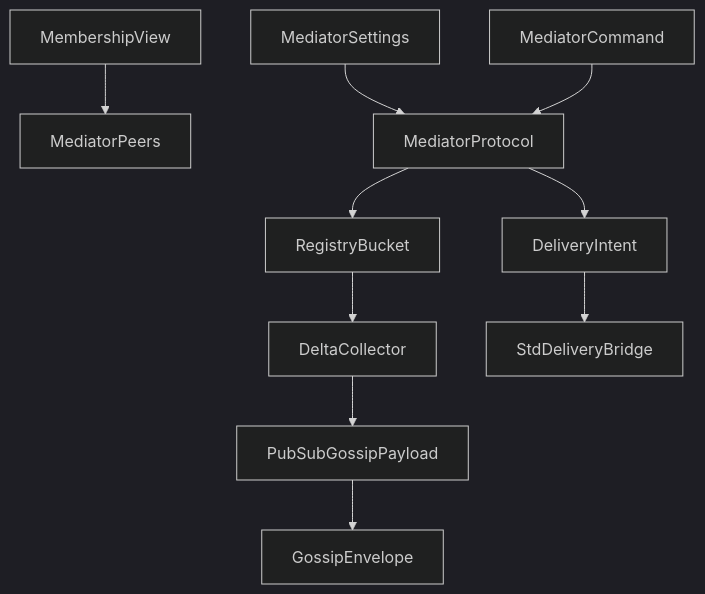
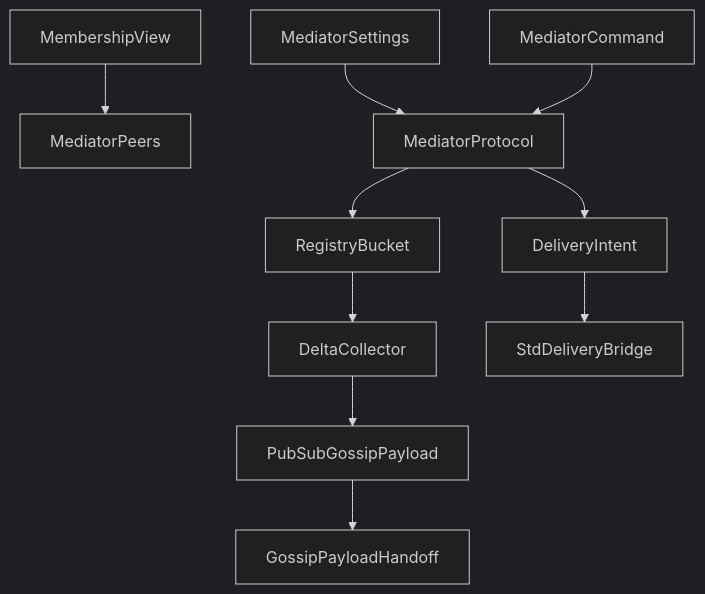
The first of 4 diagrams in .kiro/specs/cluster-pubsub-mediator-protocol/design.md (j5ik2o/fraktor-rs), drawn with Mermaid (dark theme) before and after one commit. The commit also changed other lines of this file and 3 other files, not shown here.

Commit message:
feat(cluster-pubsub): integrate actor-core `ActorPath` for registry key canonicalization and enhance `GossipPayloadKind` enum with logical pubsub variants

````diff
--- a/.kiro/specs/cluster-pubsub-mediator-protocol/design.md
+++ b/.kiro/specs/cluster-pubsub-mediator-protocol/design.md
@@ -71,12 +72,12 @@
 ```mermaid
 graph TB
     MembershipView --> MediatorPeers
     MediatorSettings --> MediatorProtocol
     MediatorCommand --> MediatorProtocol
     MediatorProtocol --> RegistryBucket
     RegistryBucket --> DeltaCollector
     DeltaCollector --> PubSubGossipPayload
-    PubSubGossipPayload --> GossipEnvelope
+    PubSubGossipPayload --> GossipPayloadHandoff
     MediatorProtocol --> DeliveryIntent
     DeliveryIntent --> StdDeliveryBridge
 ```
````
